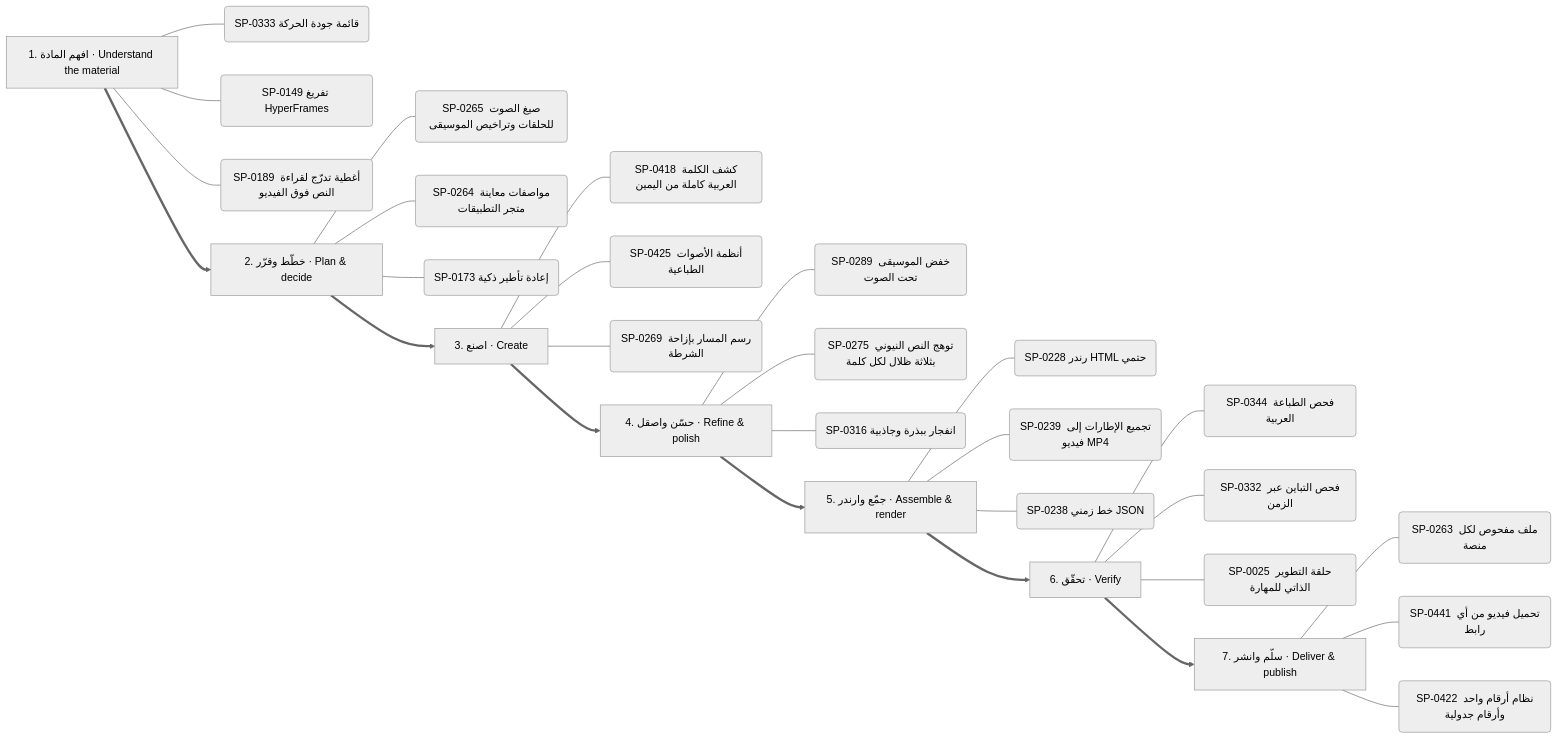
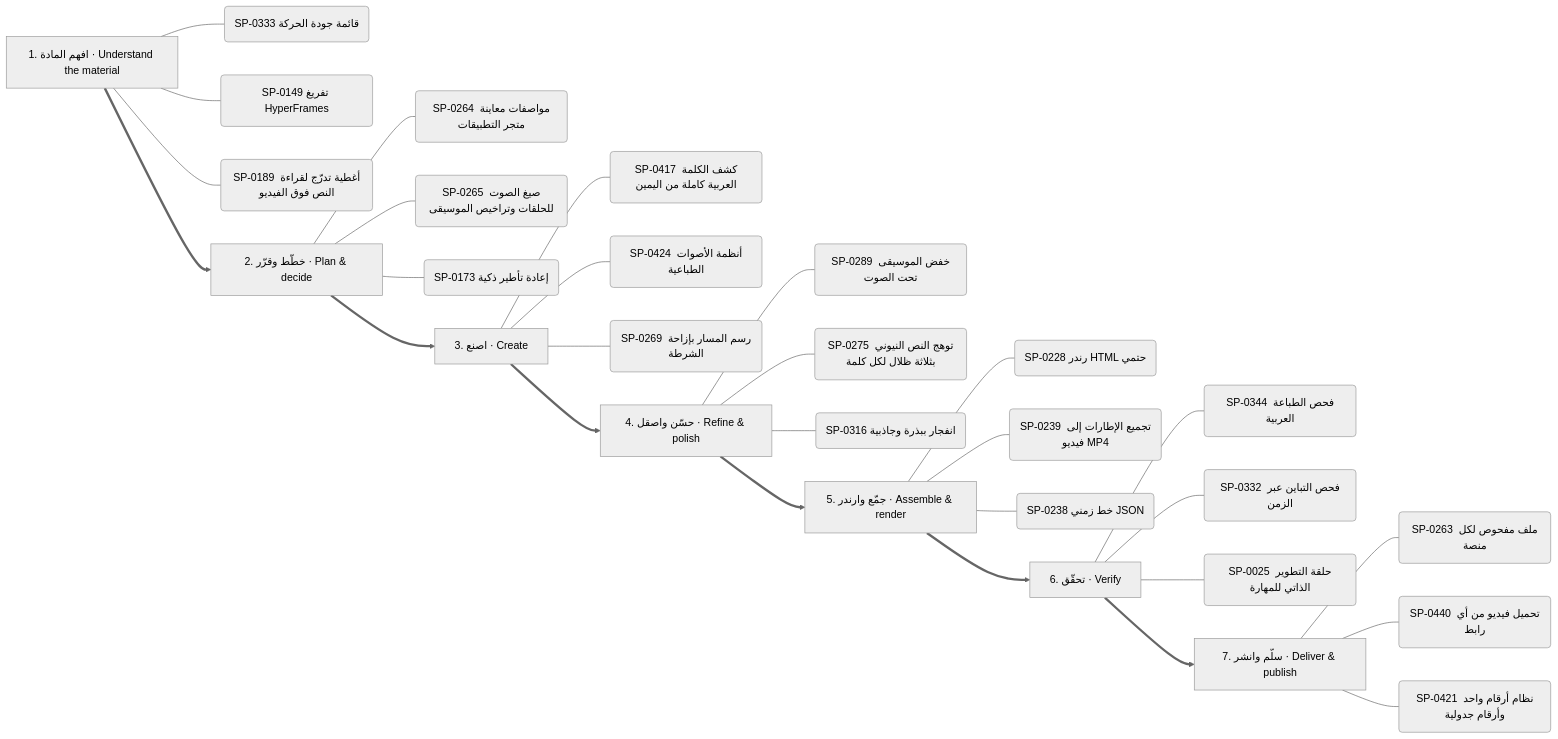
Before and after one commit to kosif199022-jpg/kosif-tool: the second of 13 diagrams in .claude/skills/kosif-superpowers/references/capability-mindmap.md, drawn with Mermaid (neutral theme). The commit also changed other lines of this file and 25 other files, not shown here.

````diff
--- a/.claude/skills/kosif-superpowers/references/capability-mindmap.md
+++ b/.claude/skills/kosif-superpowers/references/capability-mindmap.md
@@ -127,37 +127,37 @@
 ```mermaid
 flowchart LR
   S0["1. افهم المادة · Understand the material"]
   S0 --- S0_0("SP-0333 قائمة جودة الحركة")
   S0 --- S0_1("SP-0149 تفريغ HyperFrames")
   S0 --- S0_2("SP-0189 أغطية تدرّج لقراءة النص فوق الفيديو")
   S1["2. خطّط وقرّر · Plan & decide"]
-  S1 --- S1_0("SP-0265 صيغ الصوت للحلقات وتراخيص الموسيقى")
-  S1 --- S1_1("SP-0264 مواصفات معاينة متجر التطبيقات")
+  S1 --- S1_0("SP-0264 مواصفات معاينة متجر التطبيقات")
+  S1 --- S1_1("SP-0265 صيغ الصوت للحلقات وتراخيص الموسيقى")
   S1 --- S1_2("SP-0173 إعادة تأطير ذكية")
   S0 ==> S1
   S2["3. اصنع · Create"]
-  S2 --- S2_0("SP-0418 كشف الكلمة العربية كاملة من اليمين")
-  S2 --- S2_1("SP-0425 أنظمة الأصوات الطباعية")
+  S2 --- S2_0("SP-0417 كشف الكلمة العربية كاملة من اليمين")
+  S2 --- S2_1("SP-0424 أنظمة الأصوات الطباعية")
   S2 --- S2_2("SP-0269 رسم المسار بإزاحة الشرطة")
   S1 ==> S2
   S3["4. حسّن واصقل · Refine & polish"]
   S3 --- S3_0("SP-0289 خفض الموسيقى تحت الصوت")
   S3 --- S3_1("SP-0275 توهج النص النيوني بثلاثة ظلال لكل كلمة")
   S3 --- S3_2("SP-0316 انفجار ببذرة وجاذبية")
   S2 ==> S3
   S4["5. جمّع وارندر · Assemble & render"]
   S4 --- S4_0("SP-0228 رندر HTML حتمي")
   S4 --- S4_1("SP-0239 تجميع الإطارات إلى فيديو MP4")
   S4 --- S4_2("SP-0238 خط زمني JSON")
   S3 ==> S4
   S5["6. تحقّق · Verify"]
   S5 --- S5_0("SP-0344 فحص الطباعة العربية")
   S5 --- S5_1("SP-0332 فحص التباين عبر الزمن")
   S5 --- S5_2("SP-0025 حلقة التطوير الذاتي للمهارة")
   S4 ==> S5
   S6["7. سلّم وانشر · Deliver & publish"]
   S6 --- S6_0("SP-0263 ملف مفحوص لكل منصة")
-  S6 --- S6_1("SP-0441 تحميل فيديو من أي رابط")
-  S6 --- S6_2("SP-0422 نظام أرقام واحد وأرقام جدولية")
+  S6 --- S6_1("SP-0440 تحميل فيديو من أي رابط")
+  S6 --- S6_2("SP-0421 نظام أرقام واحد وأرقام جدولية")
   S5 ==> S6
 ```
````
